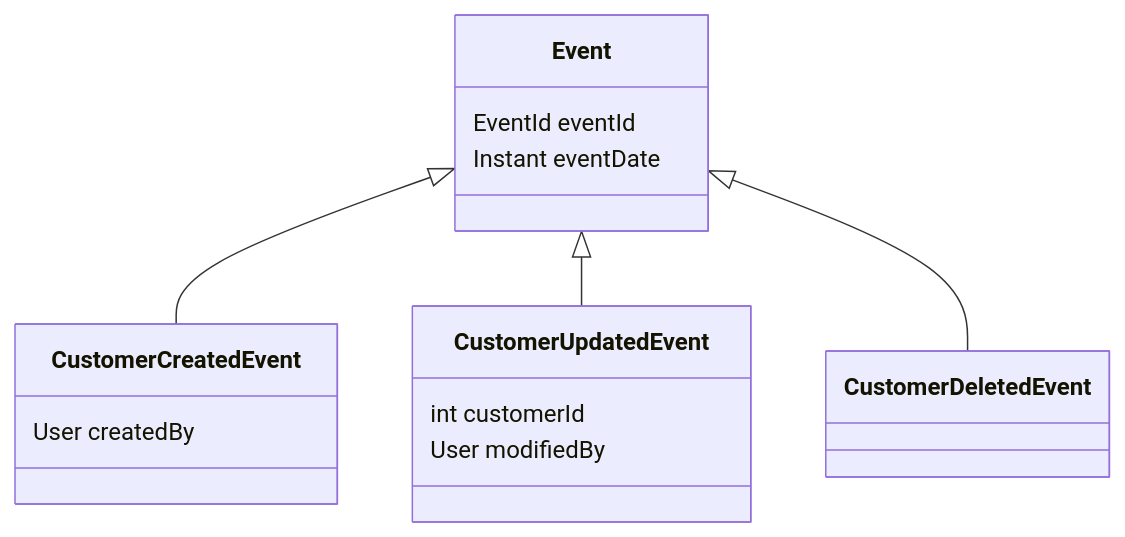
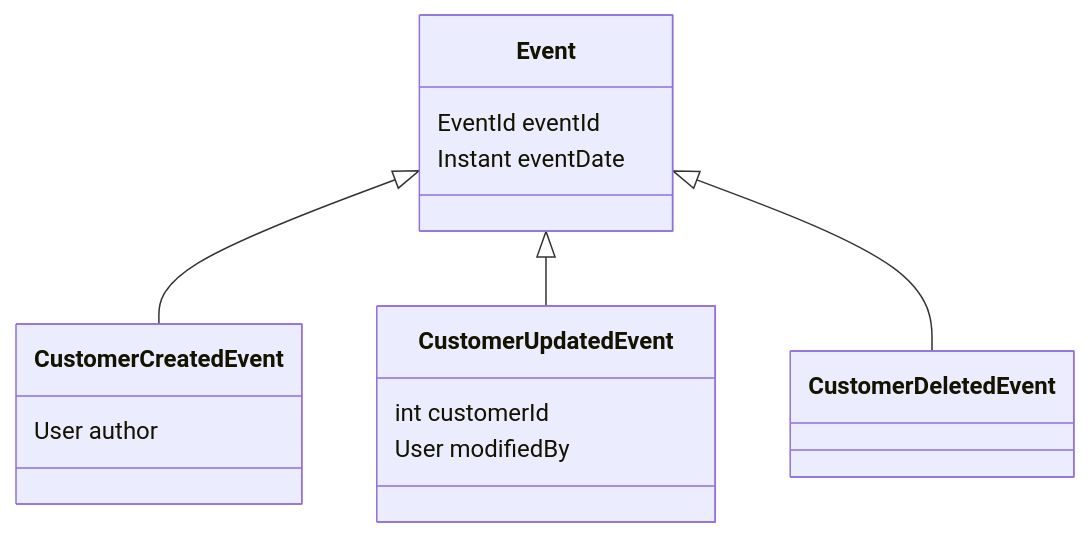
Before and after one commit to CrBatista/MonkeyShop: the diagram in documentation/events/Events.md, drawn with Mermaid. The commit also changed 17 other files, not shown here.

````diff
--- a/documentation/events/Events.md
+++ b/documentation/events/Events.md
@@ -5,24 +5,24 @@
 ```mermaid
   
 classDiagram
    
     Event <|-- CustomerCreatedEvent
     Event <|-- CustomerUpdatedEvent
     Event <|-- CustomerDeletedEvent
    
    
     class Event {
         EventId eventId
         Instant eventDate
     }
     
     class CustomerCreatedEvent {
-        User createdBy
+        User author
     }
     
     class CustomerUpdatedEvent {
         int customerId
         User modifiedBy
     }
   
 ```
````
